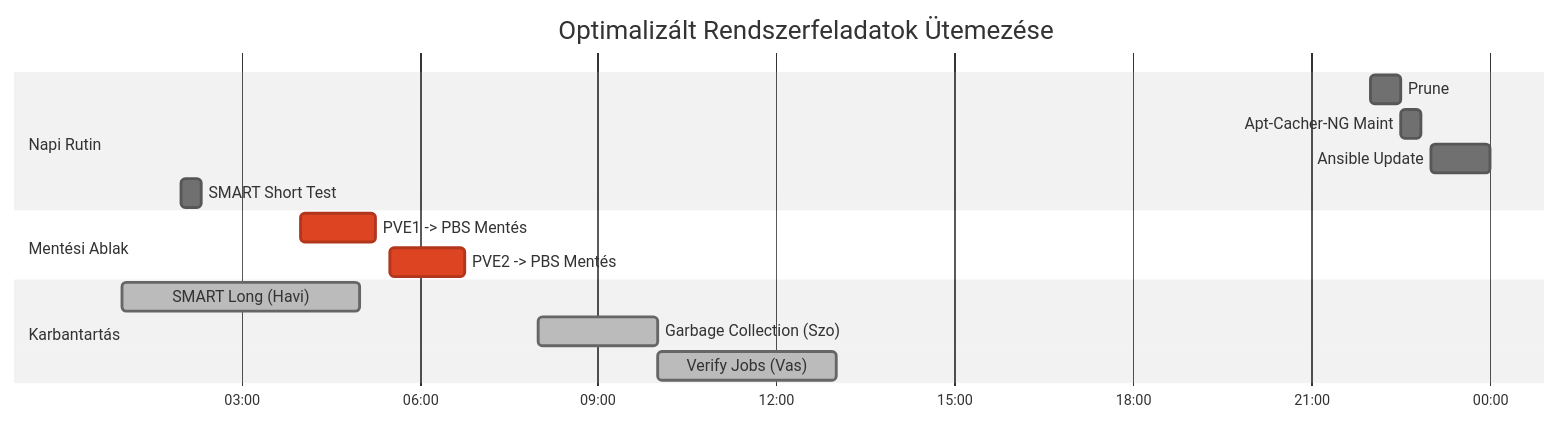
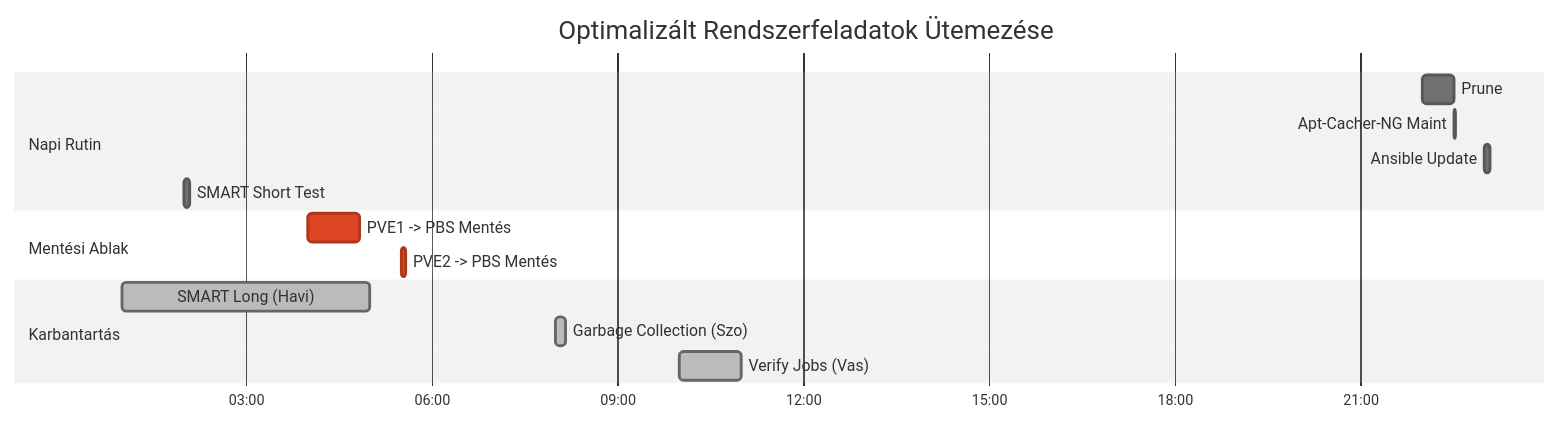
Before and after one commit to torokrolf/homelab: the second of 2 diagrams in 13-Design_Decisions/README_HU.md, drawn with Mermaid (neutral theme). The commit also changed other lines of this file, not shown here.

````diff
--- a/13-Design_Decisions/README_HU.md
+++ b/13-Design_Decisions/README_HU.md
@@ -128,22 +138,22 @@
 ```mermaid
 gantt
     title Optimalizált Rendszerfeladatok Ütemezése
     dateFormat  HH:mm
     axisFormat  %H:%M
     todayMarker off
 
     section Napi Rutin
     Prune                        : 22:00, 30m
-    Apt-Cacher-NG Maint          : 22:30, 20m
-    Ansible Update               : 23:00, 60m
-    SMART Short Test             : 02:00, 20m
+    Apt-Cacher-NG Maint          : 22:30, 1m
+    Ansible Update               : 23:00, 5m
+    SMART Short Test             : 02:00, 5m
 
     section Mentési Ablak
-    PVE1 -> PBS Mentés           :crit, 04:00, 75m
-    PVE2 -> PBS Mentés           :crit, 05:30, 75m
+    PVE1 -> PBS Mentés           :crit, 04:00, 50m
+    PVE2 -> PBS Mentés           :crit, 05:30, 5m
 
     section Karbantartás
     SMART Long (Havi)            :done, 01:00, 4h
-    Garbage Collection (Szo)     :done, 08:00, 2h
-    Verify Jobs (Vas)            :done, 10:00, 3h
+    Garbage Collection (Szo)     :done, 08:00, 10m
+    Verify Jobs (Vas)            :done, 10:00, 1h
 ```
````
